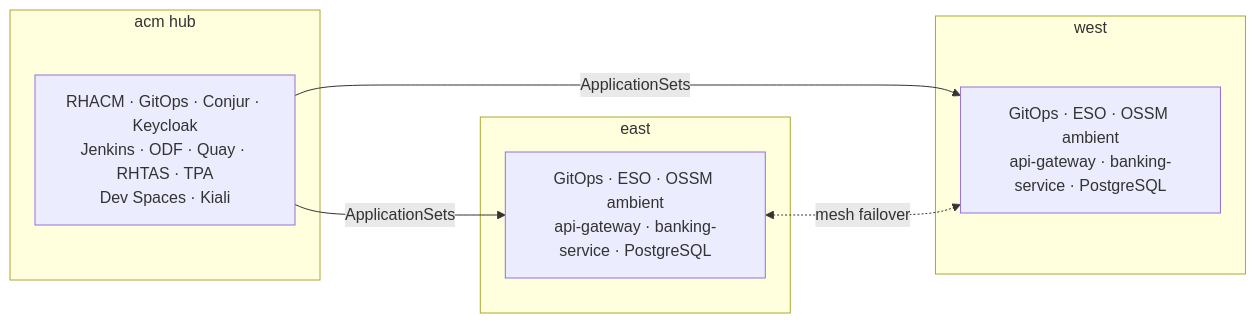
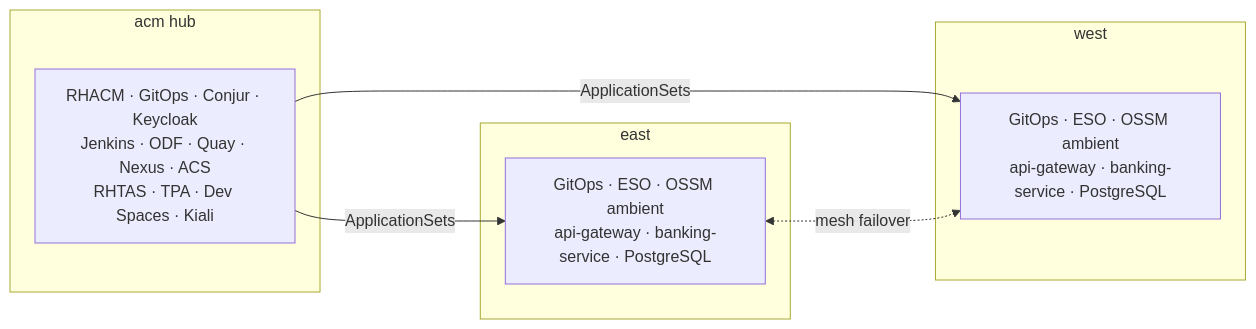
One commit to panchoraposo/demo-spring changed the first of 4 diagrams in docs/architecture.md. Above: the diagram before and after it, drawn with Mermaid. The commit also changed other lines of this file and 35 other files, not shown here.

````diff
--- a/docs/architecture.md
+++ b/docs/architecture.md
@@ -25,15 +25,15 @@
 ```mermaid
 flowchart LR
   subgraph acm ["acm hub"]
-    HubSvc["RHACM · GitOps · Conjur · Keycloak<br/>Jenkins · ODF · Quay · RHTAS · TPA<br/>Dev Spaces · Kiali"]
+    HubSvc["RHACM · GitOps · Conjur · Keycloak<br/>Jenkins · ODF · Quay · Nexus · ACS<br/>RHTAS · TPA · Dev Spaces · Kiali"]
   end
   subgraph east ["east"]
     EastSvc["GitOps · ESO · OSSM ambient<br/>api-gateway · banking-service · PostgreSQL"]
   end
   subgraph west ["west"]
     WestSvc["GitOps · ESO · OSSM ambient<br/>api-gateway · banking-service · PostgreSQL"]
   end
   HubSvc -->|ApplicationSets| EastSvc
   HubSvc -->|ApplicationSets| WestSvc
   EastSvc <-.->|mesh failover| WestSvc
 ```
````
